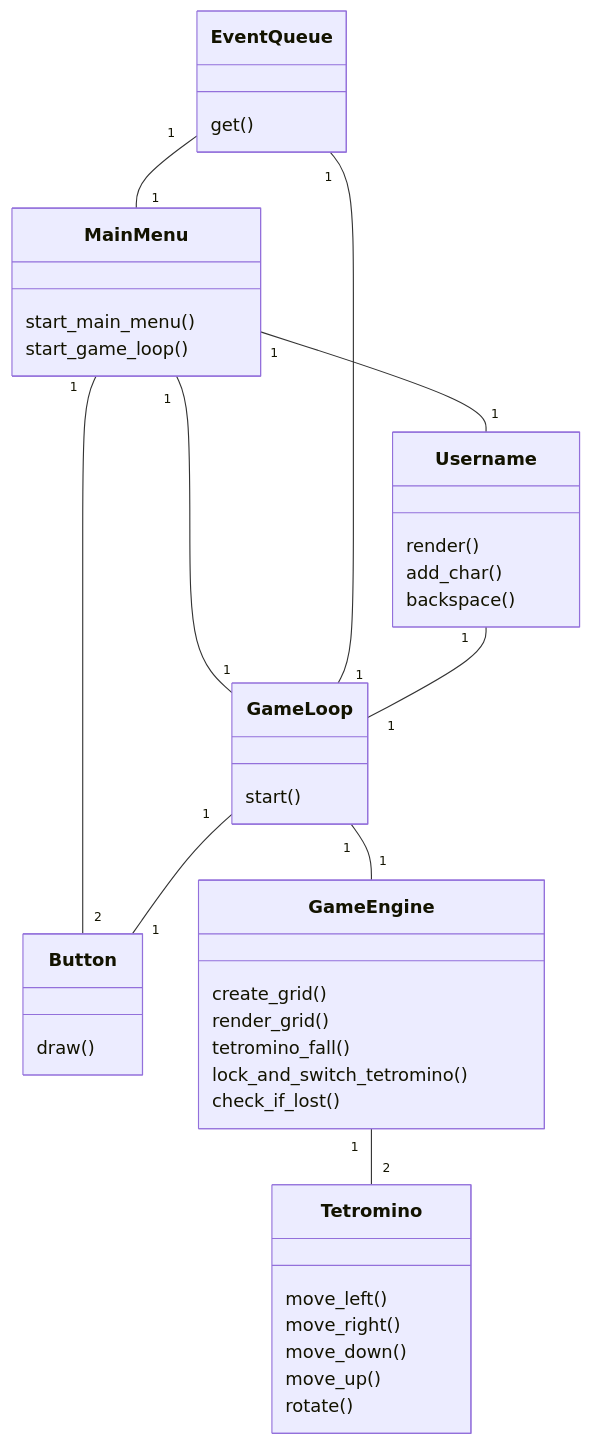
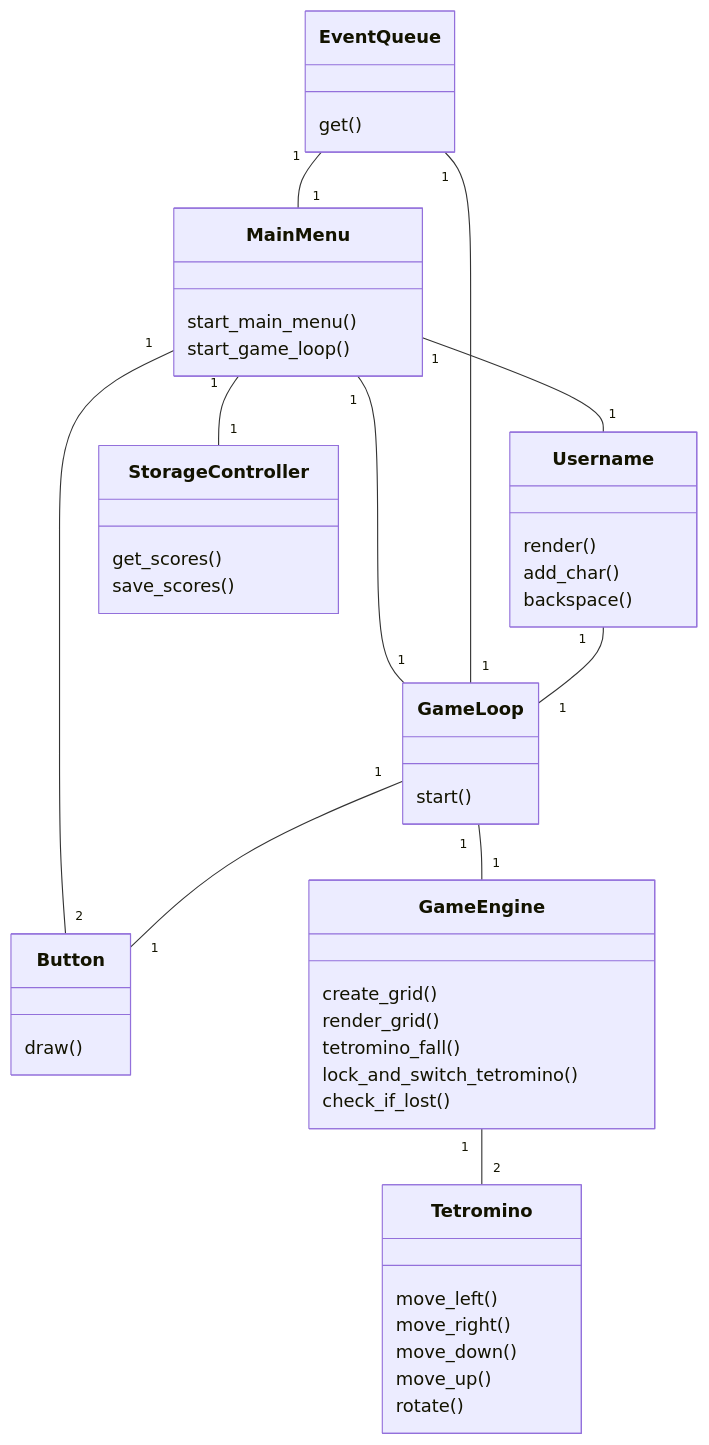
Before and after one commit to maxxof/ot-harjoitustyo: the first of 2 diagrams in tetris-game/dokumentaatio/arkkitehtuuri.md, drawn with Mermaid. The commit also changed 7 other files, not shown here.

````diff
--- a/tetris-game/dokumentaatio/arkkitehtuuri.md
+++ b/tetris-game/dokumentaatio/arkkitehtuuri.md
@@ -4,45 +4,50 @@
 ```mermaid
 classDiagram
   class MainMenu{
     start_main_menu()
     start_game_loop()
   }
   class GameLoop{
     start()
   }
   class EventQueue{
     get()
   }
   class Button{
     draw()
   }
   class Username{
     render()
     add_char()
     backspace()
   }
   class Tetromino{
     move_left()
     move_right()
     move_down()
     move_up()
     rotate()
   }
   class GameEngine{
     create_grid()
     render_grid()
     tetromino_fall()
     lock_and_switch_tetromino()
     check_if_lost()
   }
+  class StorageController{
+    get_scores()
+    save_scores()
+  }
   
   MainMenu "1" -- "1" GameLoop
   GameLoop "1" -- "1" GameEngine
   GameEngine "1" -- "2" Tetromino
   MainMenu "1" -- "1" Username
   MainMenu "1" -- "2" Button
   GameLoop "1" -- "1" Button
   EventQueue "1" -- "1" MainMenu
   EventQueue "1" -- "1" GameLoop
   Username "1" -- "1" GameLoop
+  MainMenu "1" -- "1" StorageController
   ```
````
